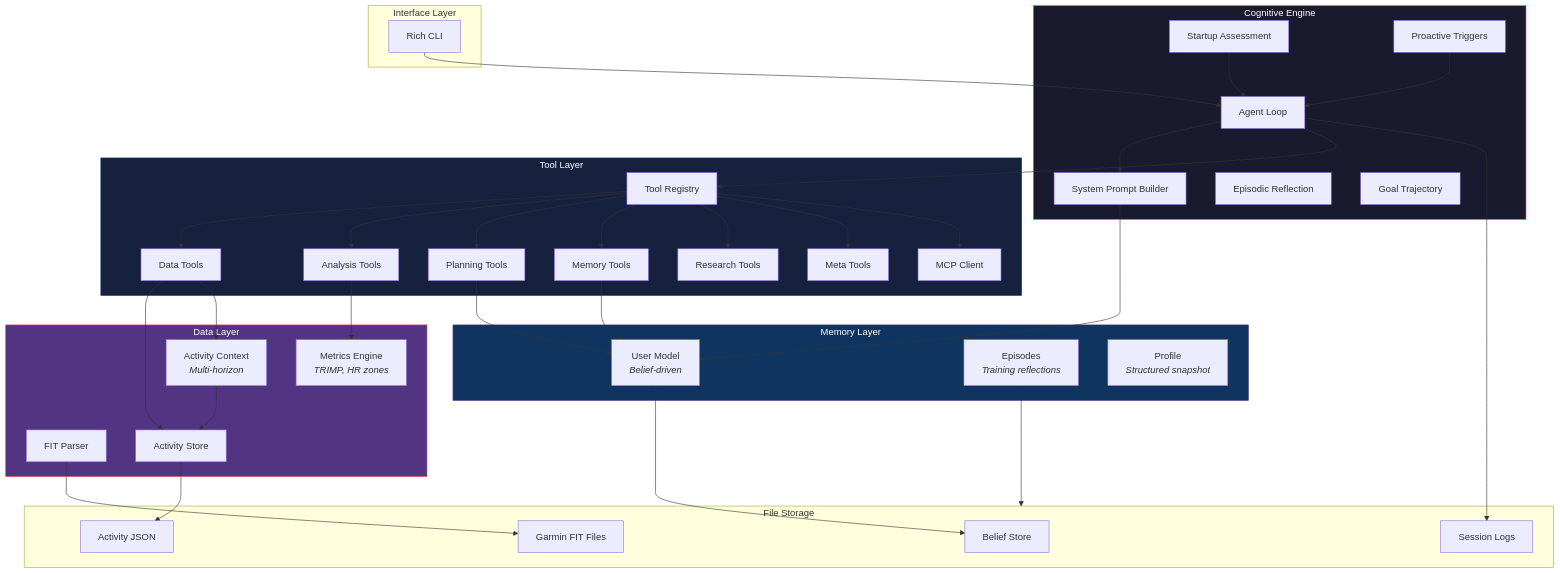
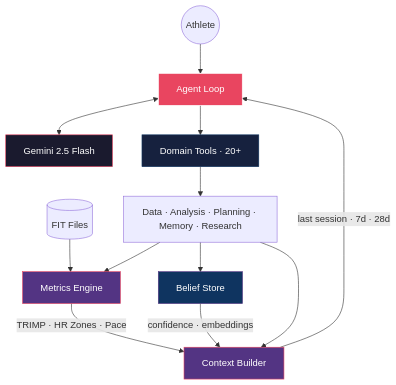
One commit to RomanRnlt/AgenticSports changed the first of 4 diagrams in README.md. Above: the diagram before and after it, drawn with Mermaid. The commit also changed other lines of this file and 1 other file, not shown here.

````diff
--- a/README.md
+++ b/README.md
@@ -28,75 +28,25 @@
 ```mermaid
-graph TB
-    subgraph Interface["Interface Layer"]
-        CLI["Rich CLI"]
-    end
+graph TD
+    A(("Athlete")) --> B["Agent Loop"]
+    F[("FIT Files")] --> G["Metrics Engine"]
 
-    subgraph Agent["Cognitive Engine"]
-        Loop["Agent Loop"]
-        SP["System Prompt Builder"]
-        Startup["Startup Assessment"]
-        Proactive["Proactive Triggers"]
-        Reflection["Episodic Reflection"]
-        Trajectory["Goal Trajectory"]
-    end
+    B <--> C["Gemini 2.5 Flash"]
+    B --> D["Domain Tools · 20+"]
 
-    subgraph Tools["Tool Layer"]
-        TR["Tool Registry"]
-        DT["Data Tools"]
-        AT["Analysis Tools"]
-        PT["Planning Tools"]
-        MT["Memory Tools"]
-        RT["Research Tools"]
-        META["Meta Tools"]
-        MCP["MCP Client"]
-    end
+    D --> D1["Data · Analysis · Planning · Memory · Research"]
 
-    subgraph Memory["Memory Layer"]
-        UM["User Model<br/><i>Belief-driven</i>"]
-        EP["Episodes<br/><i>Training reflections</i>"]
-        Profile["Profile<br/><i>Structured snapshot</i>"]
-    end
+    D1 --> G
+    D1 --> H["Belief Store"]
+    D1 --> I["Context Builder"]
 
-    subgraph Data["Data Layer"]
-        FP["FIT Parser"]
-        AS["Activity Store"]
-        AC["Activity Context<br/><i>Multi-horizon</i>"]
-        Metrics["Metrics Engine<br/><i>TRIMP, HR zones</i>"]
-    end
+    G -->|"TRIMP · HR Zones · Pace"| I
+    H -->|"confidence · embeddings"| I
+    I -->|"last session · 7d · 28d"| B
 
-    subgraph Storage["File Storage"]
-        FIT["Garmin FIT Files"]
-        JSON["Activity JSON"]
-        JSONL["Session Logs"]
-        Beliefs["Belief Store"]
-    end
-
-    CLI --> Loop
-    Loop --> SP
-    Loop --> TR
-    SP --> UM
-    Startup --> Loop
-    Proactive --> Loop
-
-    TR --> DT & AT & PT & MT & RT & META
-    TR --> MCP
-
-    DT --> AS
-    DT --> AC
-    MT --> UM
-    AT --> Metrics
-    PT --> UM
-
-    UM --> Beliefs
-    EP --> Storage
-
-    FP --> FIT
-    AS --> JSON
-    AC --> AS
-    Loop --> JSONL
-
-    style Agent fill:#1a1a2e,stroke:#e94560,color:#fff
-    style Tools fill:#16213e,stroke:#0f3460,color:#fff
-    style Memory fill:#0f3460,stroke:#533483,color:#fff
-    style Data fill:#533483,stroke:#e94560,color:#fff
+    style B fill:#e94560,stroke:#fff,color:#fff
+    style C fill:#1a1a2e,stroke:#e94560,color:#fff
+    style D fill:#16213e,stroke:#0f3460,color:#fff
+    style G fill:#533483,stroke:#e94560,color:#fff
+    style H fill:#0f3460,stroke:#533483,color:#fff
+    style I fill:#533483,stroke:#e94560,color:#fff
 ```
````
